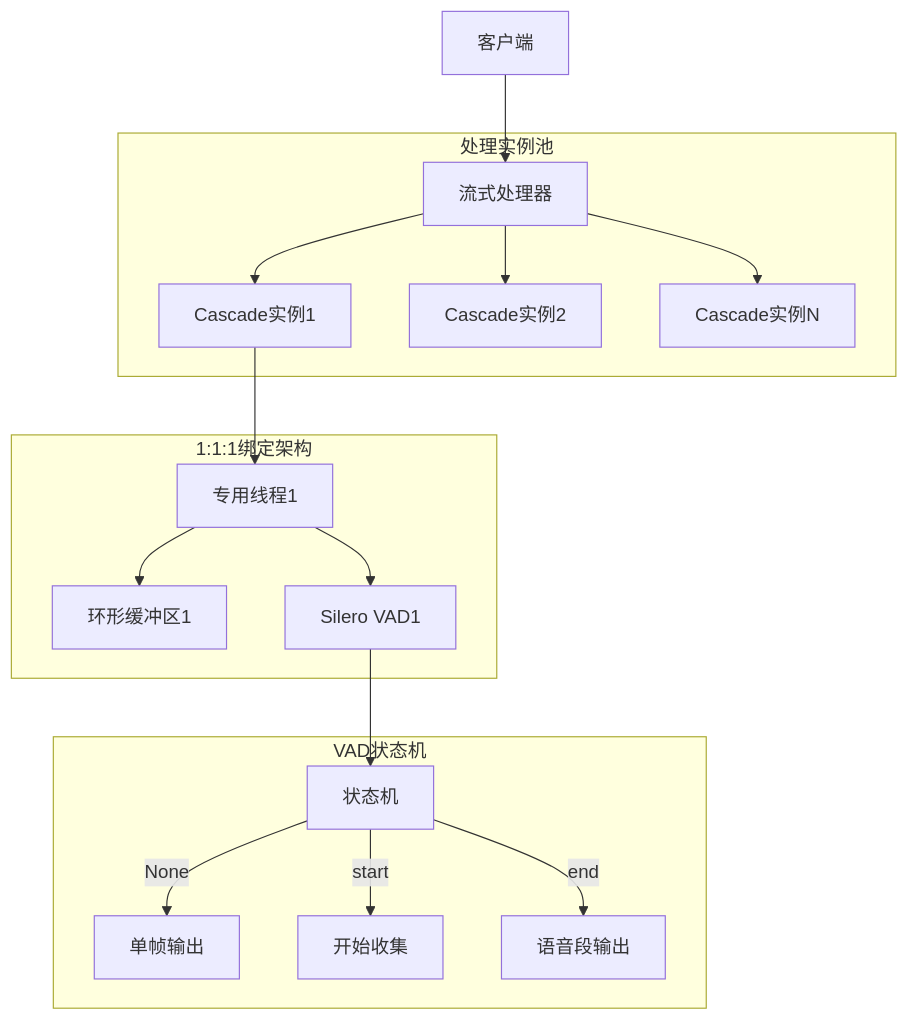
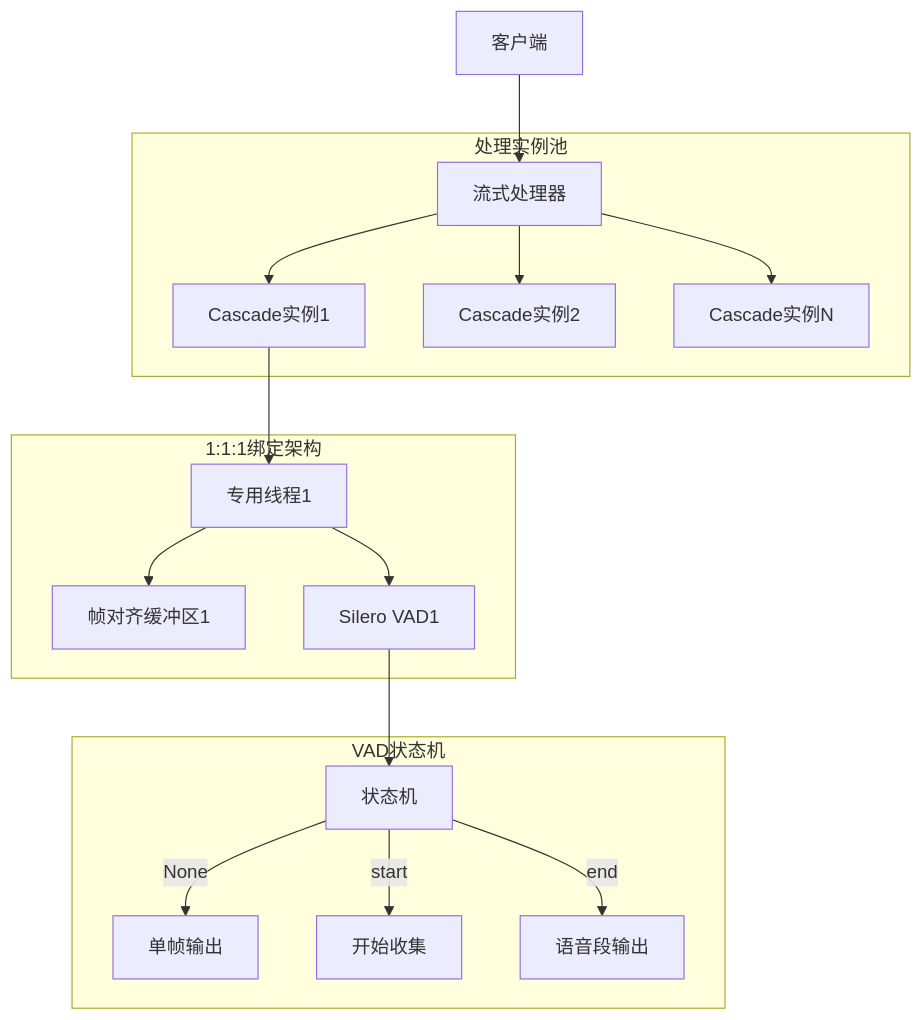
Before and after one commit to xucailiang/cascade: the diagram in README.md, drawn with Mermaid. The commit also changed other lines of this file and 27 other files, not shown here.

````diff
--- a/README.md
+++ b/README.md
@@ -26,23 +26,23 @@
 ```mermaid
 graph TD
     Client[客户端] --> StreamProcessor[流式处理器]
     
     subgraph "处理实例池"
         StreamProcessor --> Instance1[Cascade实例1]
         StreamProcessor --> Instance2[Cascade实例2]
         StreamProcessor --> InstanceN[Cascade实例N]
     end
     
     subgraph "1:1:1绑定架构"
         Instance1 --> Thread1[专用线程1]
-        Thread1 --> Buffer1[环形缓冲区1]
+        Thread1 --> Buffer1[帧对齐缓冲区1]
         Thread1 --> VAD1[Silero VAD1]
     end
     
     subgraph "VAD状态机"
         VAD1 --> StateMachine[状态机]
         StateMachine --> |None| SingleFrame[单帧输出]
         StateMachine --> |start| Collecting[开始收集]
         StateMachine --> |end| SpeechSegment[语音段输出]
     end
 ```
````
